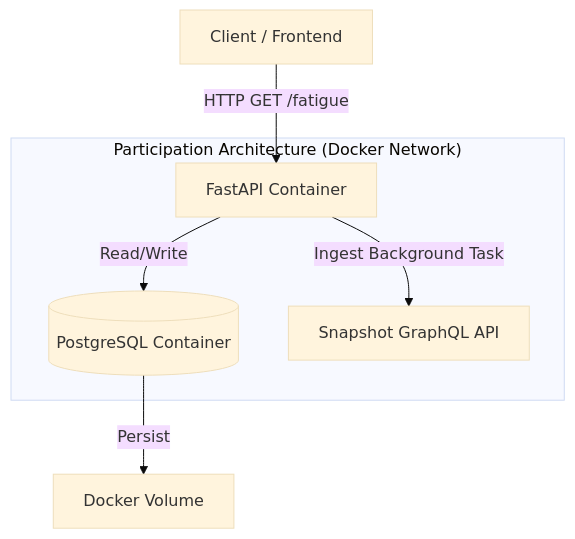
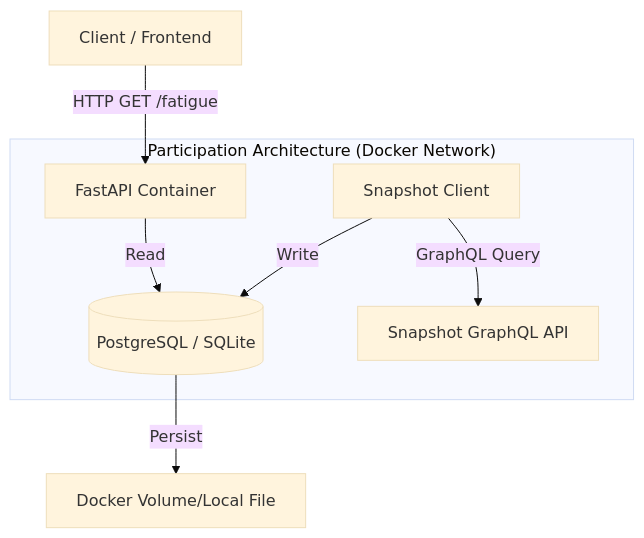
The first of 2 diagrams in architecture.md (pawel-wyszomirski/participation-architecture), drawn with Mermaid (base theme) before and after one commit. The commit also changed other lines of this file, not shown here.

First line of the commit message:
Update architecture.md to version 5.2

````diff
--- a/architecture.md
+++ b/architecture.md
@@ -18,11 +22,12 @@
 ```mermaid
 graph TD
     User[Client / Frontend] -->|HTTP GET /fatigue| API[FastAPI Container]
     
     subgraph "Participation Architecture (Docker Network)"
-        API -->|Read/Write| DB[(PostgreSQL Container)]
-        API -->|Ingest Background Task| Snapshot[Snapshot GraphQL API]
+        API -->|Read| DB[(PostgreSQL / SQLite)]
+        Ingestor[Snapshot Client] -->|Write| DB
+        Ingestor -->|GraphQL Query| Snapshot[Snapshot GraphQL API]
     end
     
-    DB -->|Persist| Storage[Docker Volume]
+    DB -->|Persist| Storage[Docker Volume/Local File]
 ```
````
